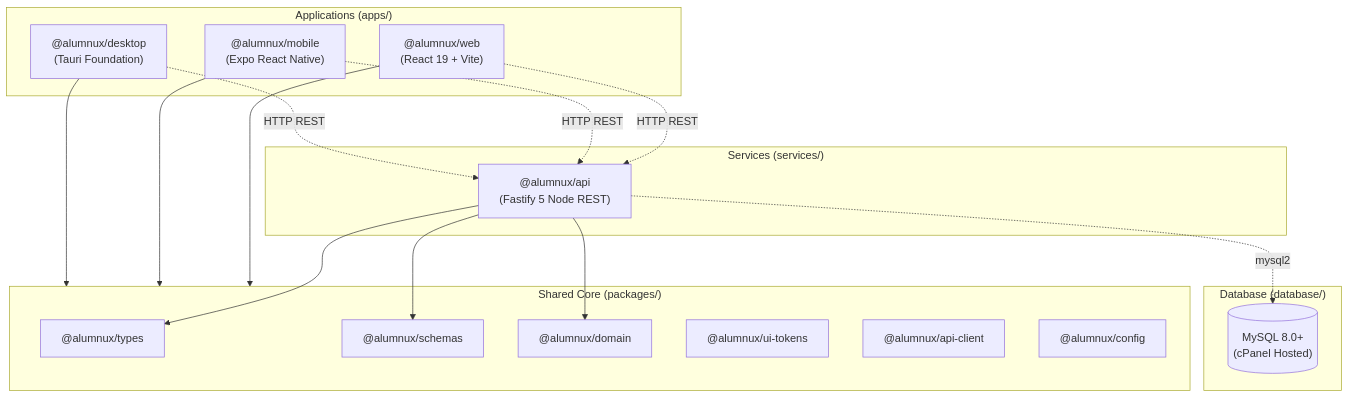
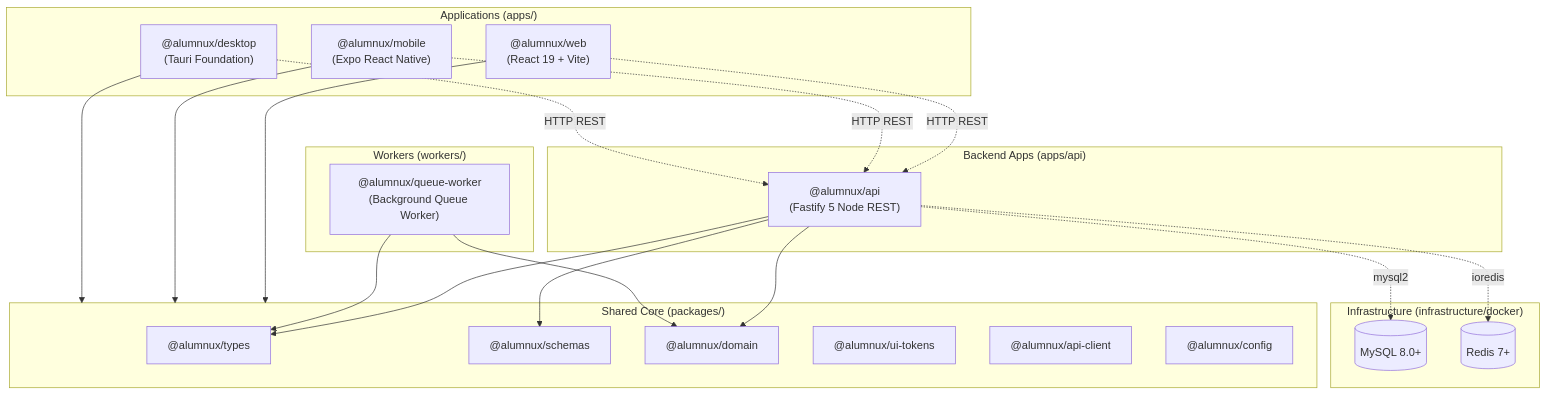
Before and after one commit to mkcealumnus/Alumni: the diagram in README.md, drawn with Mermaid. The commit also changed other lines of this file and 47 other files, not shown here.

````diff
--- a/README.md
+++ b/README.md
@@ -26,37 +26,45 @@
 ```mermaid
 graph TD
     subgraph Clients ["Applications (apps/)"]
         Web["@alumnux/web<br/>(React 19 + Vite)"]
         Mobile["@alumnux/mobile<br/>(Expo React Native)"]
         Desktop["@alumnux/desktop<br/>(Tauri Foundation)"]
     end
 
     subgraph Core ["Shared Core (packages/)"]
         Types["@alumnux/types"]
         Schemas["@alumnux/schemas"]
         Domain["@alumnux/domain"]
         Tokens["@alumnux/ui-tokens"]
         Client["@alumnux/api-client"]
         Config["@alumnux/config"]
     end
 
-    subgraph Backend ["Services (services/)"]
+    subgraph Backend ["Backend Apps (apps/api)"]
         API["@alumnux/api<br/>(Fastify 5 Node REST)"]
     end
 
-    subgraph Storage ["Database (database/)"]
-        MySQL[("MySQL 8.0+<br/>(cPanel Hosted)")]
+    subgraph Workers ["Workers (workers/)"]
+        QueueWorker["@alumnux/queue-worker<br/>(Background Queue Worker)"]
+    end
+
+    subgraph Storage ["Infrastructure (infrastructure/docker)"]
+        MySQL[("MySQL 8.0+")]
+        Redis[("Redis 7+")]
     end
 
     Web --> Core
     Mobile --> Core
     Desktop --> Core
     API --> Types
     API --> Schemas
     API --> Domain
+    QueueWorker --> Domain
+    QueueWorker --> Types
 
     Web -.->|HTTP REST| API
     Mobile -.->|HTTP REST| API
     Desktop -.->|HTTP REST| API
     API -.->|mysql2| MySQL
+    API -.->|ioredis| Redis
 ```
````
